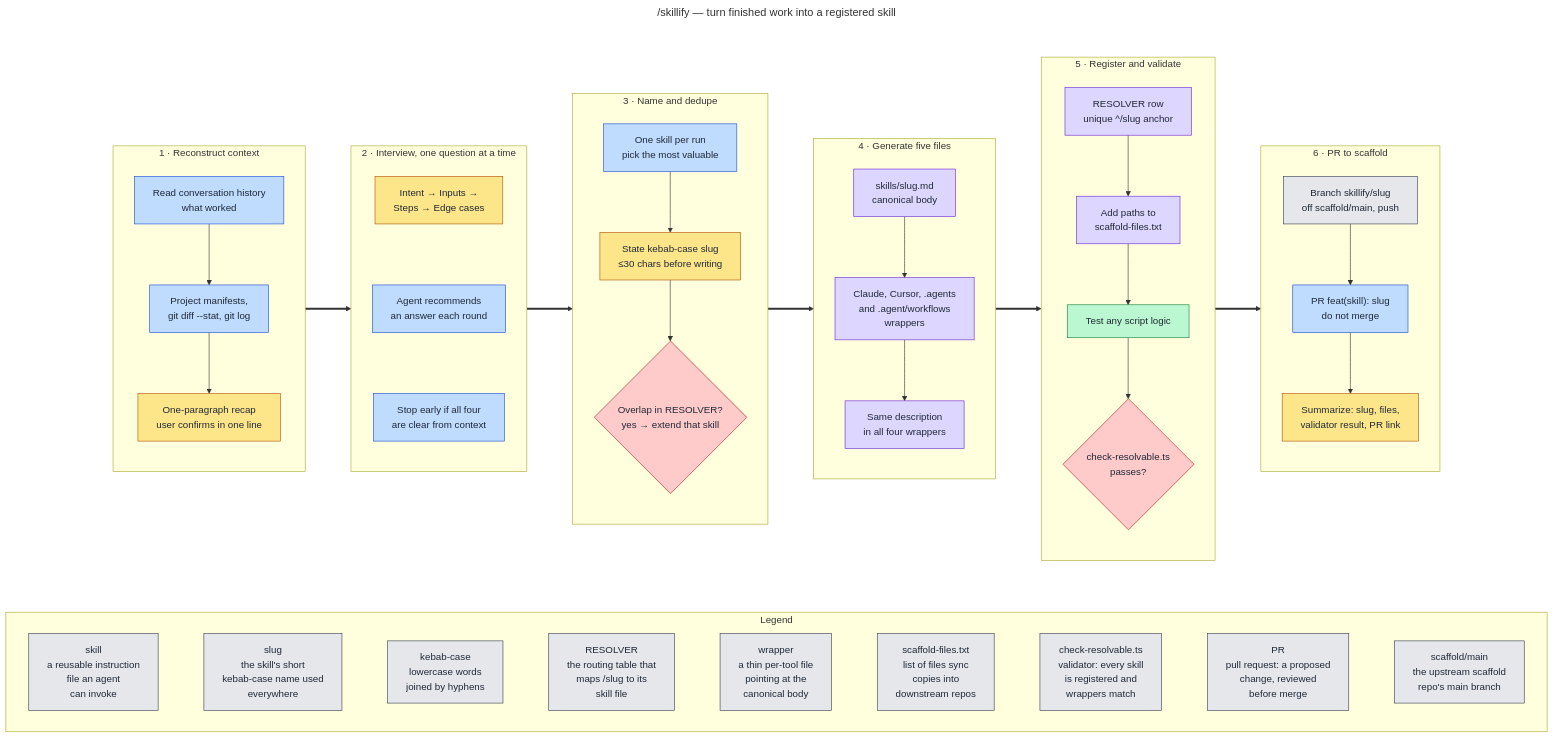
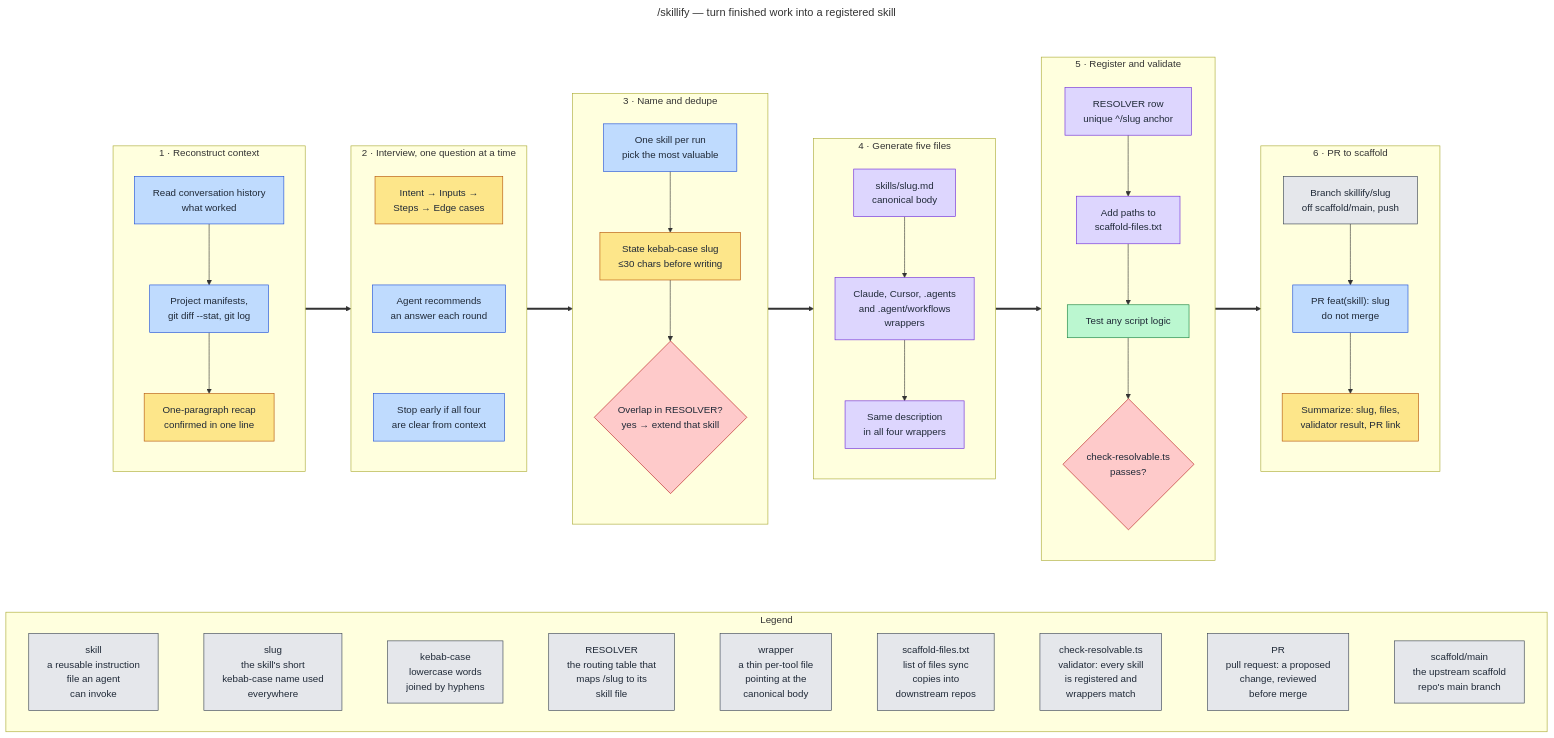
Before and after one commit to victusfate/scaffold: the diagram in docs/diagrams/src/skillify.mmd, drawn with Mermaid. The commit also changed 2 other files, not shown here.

Commit message:
docs(diagrams): correct skillify, retro, council against their sources

```diff
--- a/docs/diagrams/src/skillify.mmd
+++ b/docs/diagrams/src/skillify.mmd
@@ -1,85 +1,85 @@
 ---
 title: /skillify — turn finished work into a registered skill
 ---
 flowchart TB
   classDef owner fill:#fde68a,stroke:#b45309,color:#1f2937
   classDef orch fill:#bfdbfe,stroke:#1d4ed8,color:#1f2937
   classDef state fill:#ddd6fe,stroke:#6d28d9,color:#1f2937
   classDef lane fill:#bbf7d0,stroke:#15803d,color:#1f2937
   classDef git fill:#e5e7eb,stroke:#374151,color:#1f2937
   classDef gate fill:#fecaca,stroke:#b91c1c,color:#1f2937
 
   %% Edges run between stage subgraphs (not inner nodes) so each stage keeps
   %% its own top-to-bottom direction and the whole image stays landscape.
 
   subgraph FLOW[" "]
   direction LR
 
   subgraph CONTEXT["1 · Reconstruct context"]
     direction TB
     X1["Read conversation history<br/>what worked"]:::orch
     X2["Project manifests,<br/>git diff --stat, git log"]:::orch
-    X3["One-paragraph recap<br/>user confirms in one line"]:::owner
+    X3["One-paragraph recap<br/>confirmed in one line"]:::owner
     X1 --> X2 --> X3
   end
 
   subgraph INTERVIEW["2 · Interview, one question at a time"]
     direction TB
     I1["Intent → Inputs →<br/>Steps → Edge cases"]:::owner
     I2["Agent recommends<br/>an answer each round"]:::orch
     I3["Stop early if all four<br/>are clear from context"]:::orch
     I1 ~~~ I2 ~~~ I3
   end
 
   subgraph NAME["3 · Name and dedupe"]
     direction TB
     N1["One skill per run<br/>pick the most valuable"]:::orch
     N2["State kebab-case slug<br/>≤30 chars before writing"]:::owner
     N3{"Overlap in RESOLVER?<br/>yes → extend that skill"}:::gate
     N1 --> N2 --> N3
   end
 
   subgraph GENERATE["4 · Generate five files"]
     direction TB
     G1["skills/slug.md<br/>canonical body"]:::state
     G2["Claude, Cursor, .agents<br/>and .agent/workflows<br/>wrappers"]:::state
     G3["Same description<br/>in all four wrappers"]:::state
     G1 --> G2 --> G3
   end
 
   subgraph REGISTER["5 · Register and validate"]
     direction TB
     V1["RESOLVER row<br/>unique ^/slug anchor"]:::state
     V2["Add paths to<br/>scaffold-files.txt"]:::state
     V3["Test any script logic"]:::lane
     V4{"check-resolvable.ts<br/>passes?"}:::gate
     V1 --> V2 --> V3 --> V4
   end
 
   subgraph UPSTREAM["6 · PR to scaffold"]
     direction TB
     U1["Branch skillify/slug<br/>off scaffold/main, push"]:::git
     U2["PR feat(skill): slug<br/>do not merge"]:::orch
     U3["Summarize: slug, files,<br/>validator result, PR link"]:::owner
     U1 --> U2 --> U3
   end
 
   CONTEXT ==> INTERVIEW ==> NAME ==> GENERATE ==> REGISTER ==> UPSTREAM
   end
   style FLOW fill:none,stroke:none
 
   subgraph LEGEND["Legend"]
     direction LR
     L1["skill<br/>a reusable instruction<br/>file an agent<br/>can invoke"]:::git
     L2["slug<br/>the skill's short<br/>kebab-case name used<br/>everywhere"]:::git
     L3["kebab-case<br/>lowercase words<br/>joined by hyphens"]:::git
     L4["RESOLVER<br/>the routing table that<br/>maps /slug to its<br/>skill file"]:::git
     L5["wrapper<br/>a thin per-tool file<br/>pointing at the<br/>canonical body"]:::git
     L6["scaffold-files.txt<br/>list of files sync<br/>copies into<br/>downstream repos"]:::git
     L7["check-resolvable.ts<br/>validator: every skill<br/>is registered and<br/>wrappers match"]:::git
     L8["PR<br/>pull request: a proposed<br/>change, reviewed<br/>before merge"]:::git
     L9["scaffold/main<br/>the upstream scaffold<br/>repo's main branch"]:::git
     L1 ~~~ L2 ~~~ L3 ~~~ L4 ~~~ L5 ~~~ L6 ~~~ L7 ~~~ L8 ~~~ L9
   end
 
   FLOW ~~~ LEGEND
```
